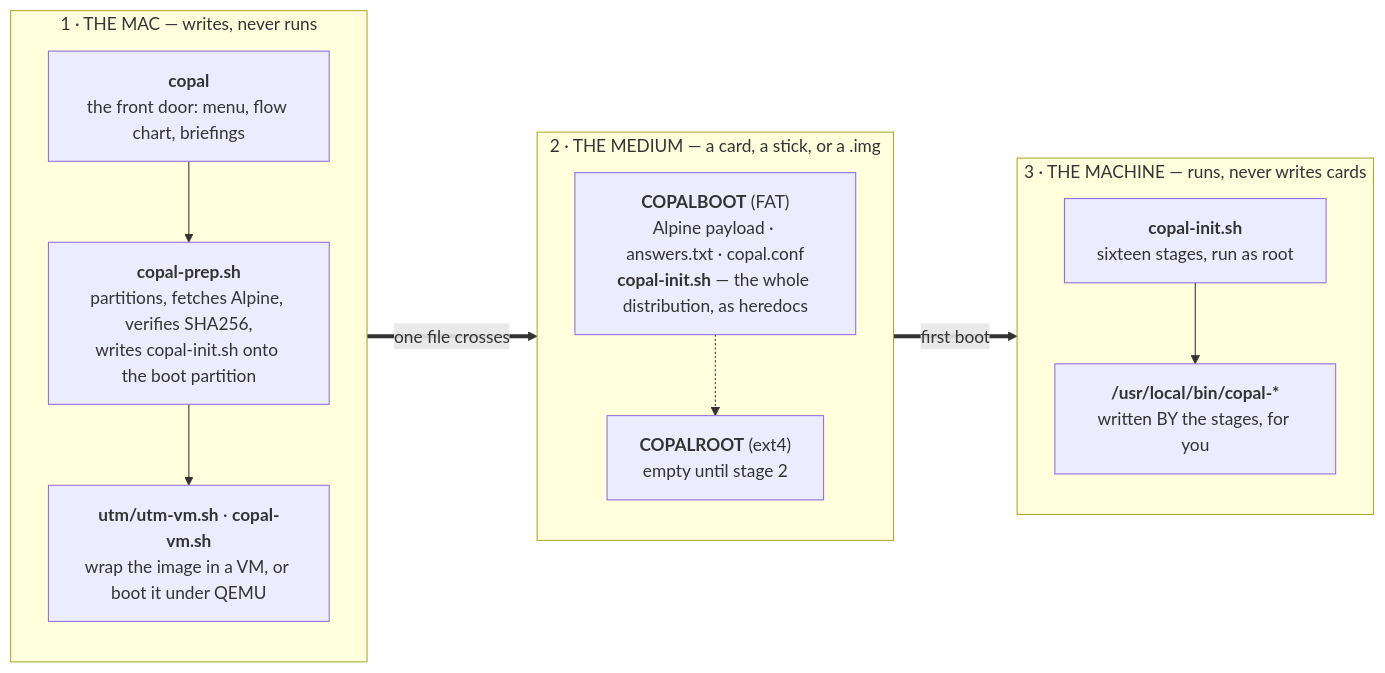
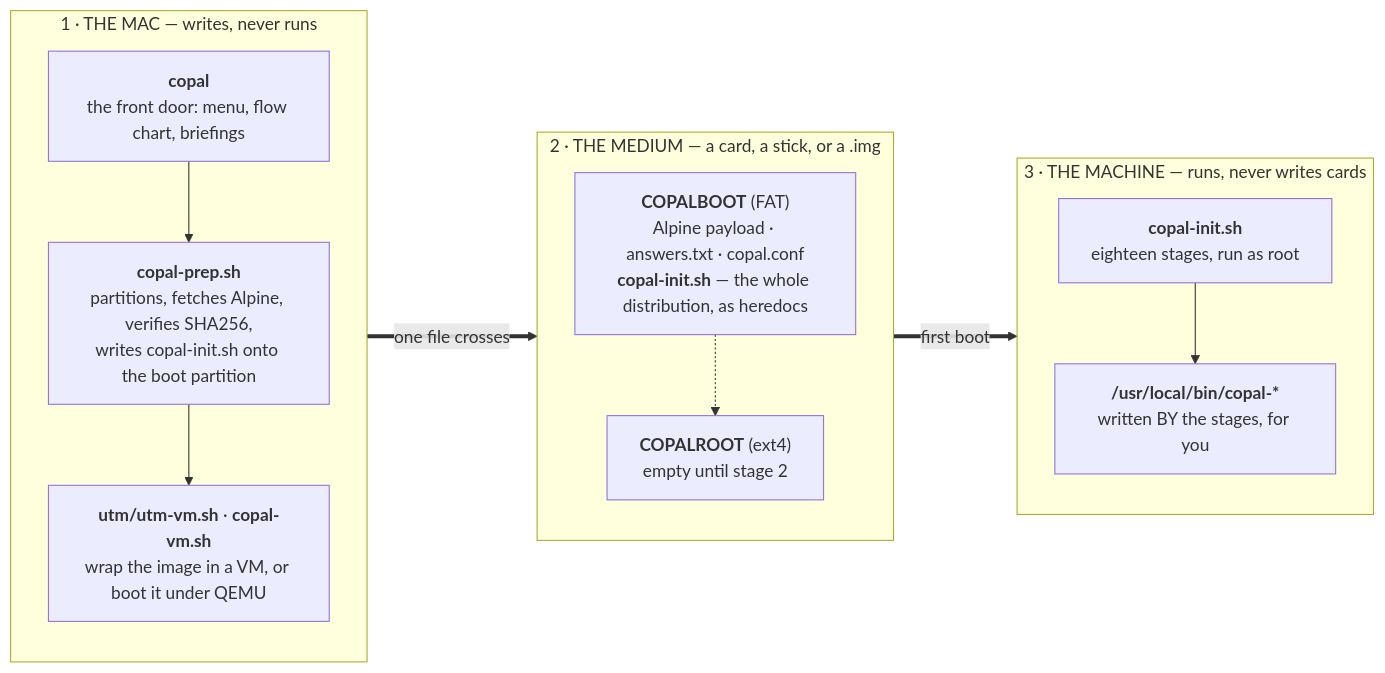
One commit to copallinux/copal changed the fifth of 5 diagrams in README.md. Above: the diagram before and after it, drawn with Mermaid. The commit also changed other lines of this file and 11 other files, not shown here.

````diff
--- a/README.md
+++ b/README.md
@@ -1417,24 +1425,24 @@
 ```mermaid
 flowchart LR
     subgraph HOST["1 · THE MAC — writes, never runs"]
         direction TB
         H1["<b>copal</b><br/>the front door: menu, flow chart, briefings"]
         H2["<b>copal-prep.sh</b><br/>partitions, fetches Alpine, verifies SHA256,<br/>writes copal-init.sh onto the boot partition"]
         H3["<b>utm/utm-vm.sh</b> · <b>copal-vm.sh</b><br/>wrap the image in a VM, or boot it under QEMU"]
         H1 --> H2 --> H3
     end
     subgraph MEDIA["2 · THE MEDIUM — a card, a stick, or a .img"]
         direction TB
         M1["<b>COPALBOOT</b> (FAT)<br/>Alpine payload · answers.txt · copal.conf<br/><b>copal-init.sh</b> — the whole distribution, as heredocs"]
         M2["<b>COPALROOT</b> (ext4)<br/>empty until stage 2"]
         M1 -.-> M2
     end
     subgraph TARGET["3 · THE MACHINE — runs, never writes cards"]
         direction TB
-        T1["<b>copal-init.sh</b><br/>sixteen stages, run as root"]
+        T1["<b>copal-init.sh</b><br/>eighteen stages, run as root"]
         T2["<b>/usr/local/bin/copal-*</b><br/>written BY the stages, for you"]
         T1 --> T2
     end
     HOST ==>|"one file crosses"| MEDIA
     MEDIA ==>|"first boot"| TARGET
 ```
````
